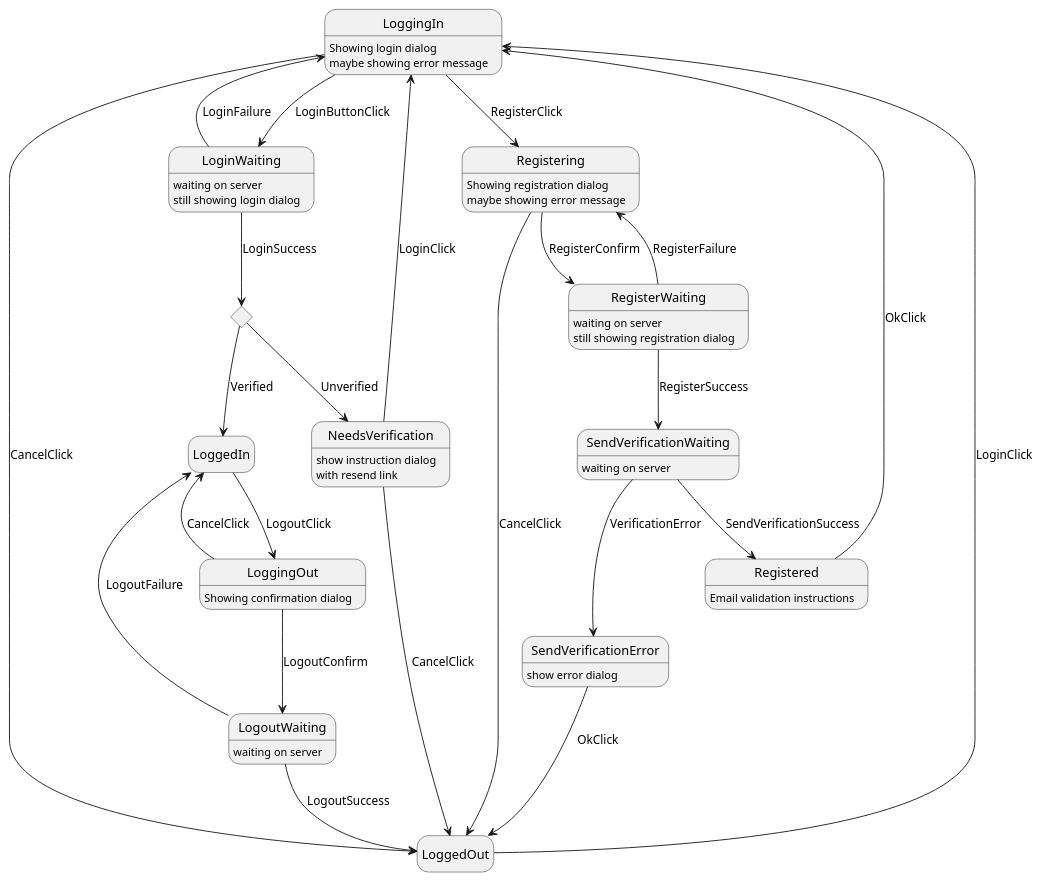
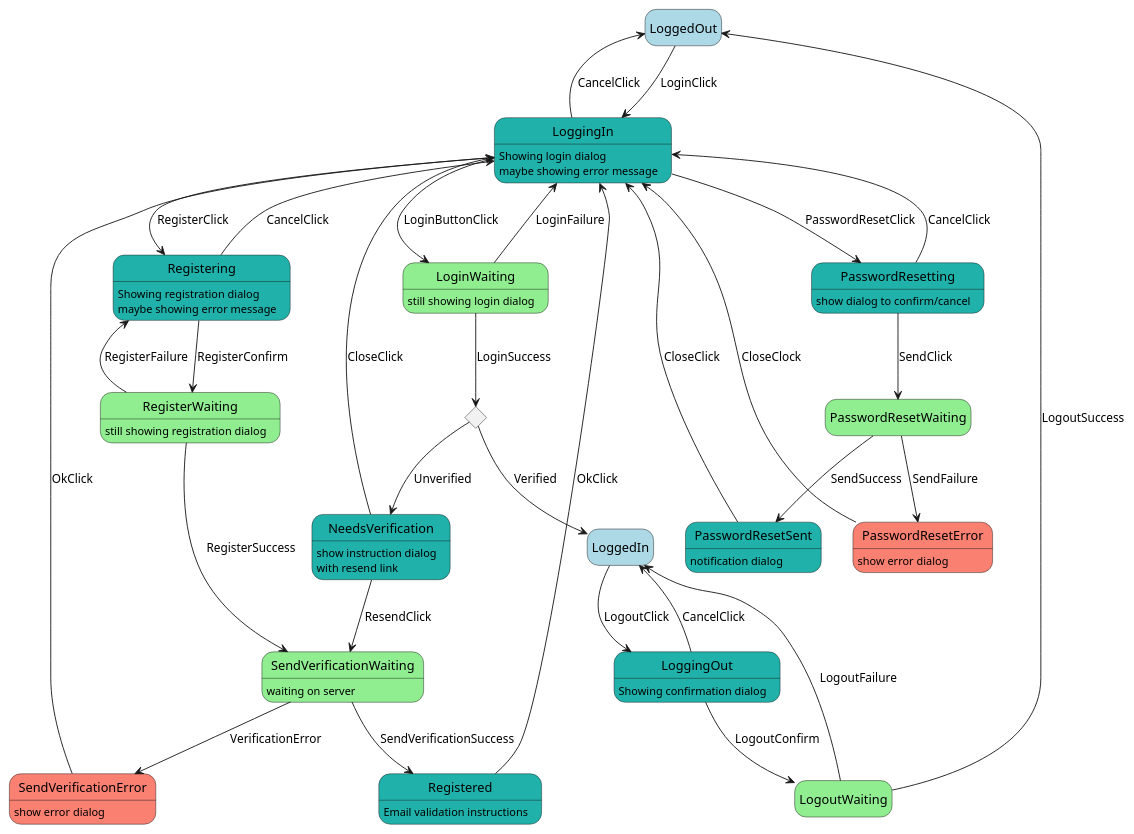
Before and after one commit to Zer0-Vector/swn-faction-tracker: the diagram in design/user management/Login Logout.plantuml, drawn with PlantUML.

Commit message:
design: rework some transitions; add color; password reset path

```diff
--- a/design/user management/Login Logout.plantuml
+++ b/design/user management/Login Logout.plantuml
@@ -1,45 +1,56 @@
 @startuml Login Logout States
 hide empty description
 
-state LoggingIn : Showing login dialog
+state LoggedOut #LightBlue
+state LoggingIn #LightSeaGreen : Showing login dialog
 LoggingIn : maybe showing error message
-state LoginWaiting : waiting on server
-LoginWaiting : still showing login dialog
-state LoggingOut : Showing confirmation dialog
-state LogoutWaiting : waiting on server
-state Registering : Showing registration dialog
+state LoginWaiting #LightGreen : still showing login dialog
+state LoggingOut #LightSeaGreen : Showing confirmation dialog
+state LogoutWaiting #LightGreen
+state Registering #LightSeaGreen : Showing registration dialog
 Registering : maybe showing error message
-state LoggedOut
-state Registered : Email validation instructions
-state RegisterWaiting : waiting on server
+state Registered #LightSeaGreen : Email validation instructions
+state RegisterWaiting #LightGreen
 RegisterWaiting: still showing registration dialog
 state verify <<choice>>
-state NeedsVerification : show instruction dialog\nwith resend link
-state SendVerificationWaiting : waiting on server
-state SendVerificationError : show error dialog
+state NeedsVerification #LightSeaGreen : show instruction dialog\nwith resend link
+state SendVerificationWaiting #LightGreen : waiting on server
+state SendVerificationError #Salmon : show error dialog
+state LoggedIn #LightBlue
+state PasswordResetting #LightSeaGreen : show dialog to confirm/cancel
+state PasswordResetWaiting #LightGreen
+state PasswordResetError #Salmon : show error dialog
+state PasswordResetSent #LightSeaGreen : notification dialog
 
 LoggedOut --> LoggingIn : LoginClick
 LoggingIn --> LoginWaiting : LoginButtonClick
 LoginWaiting --> verify : LoginSuccess
 verify --> LoggedIn : Verified
 verify --> NeedsVerification : Unverified
-NeedsVerification --> LoggedOut : CancelClick
-NeedsVerification --> LoggingIn : LoginClick
+NeedsVerification --> LoggingIn : CloseClick
+NeedsVerification --> SendVerificationWaiting : ResendClick
 LoggingIn --> LoggedOut : CancelClick
 LoggedIn --> LoggingOut : LogoutClick
 LoggingOut --> LoggedIn : CancelClick
 LoggingOut --> LogoutWaiting : LogoutConfirm
 LogoutWaiting --> LoggedOut : LogoutSuccess
 LogoutWaiting --> LoggedIn : LogoutFailure
 LoginWaiting --> LoggingIn : LoginFailure
 LoggingIn --> Registering : RegisterClick
 Registering --> RegisterWaiting : RegisterConfirm
 RegisterWaiting --> SendVerificationWaiting : RegisterSuccess
-SendVerificationError --> LoggedOut : OkClick
+SendVerificationError --> LoggingIn : OkClick
 RegisterWaiting --> Registering : RegisterFailure
 Registered --> LoggingIn : OkClick
-Registering --> LoggedOut : CancelClick
+Registering --> LoggingIn : CancelClick
 SendVerificationWaiting --> SendVerificationError : VerificationError
 SendVerificationWaiting --> Registered : SendVerificationSuccess
+LoggingIn --> PasswordResetting : PasswordResetClick
+PasswordResetting --> LoggingIn : CancelClick
+PasswordResetting --> PasswordResetWaiting : SendClick
+PasswordResetWaiting --> PasswordResetSent : SendSuccess
+PasswordResetWaiting --> PasswordResetError : SendFailure
+PasswordResetSent --> LoggingIn : CloseClick
+PasswordResetError --> LoggingIn : CloseClock
 
 @enduml
```
